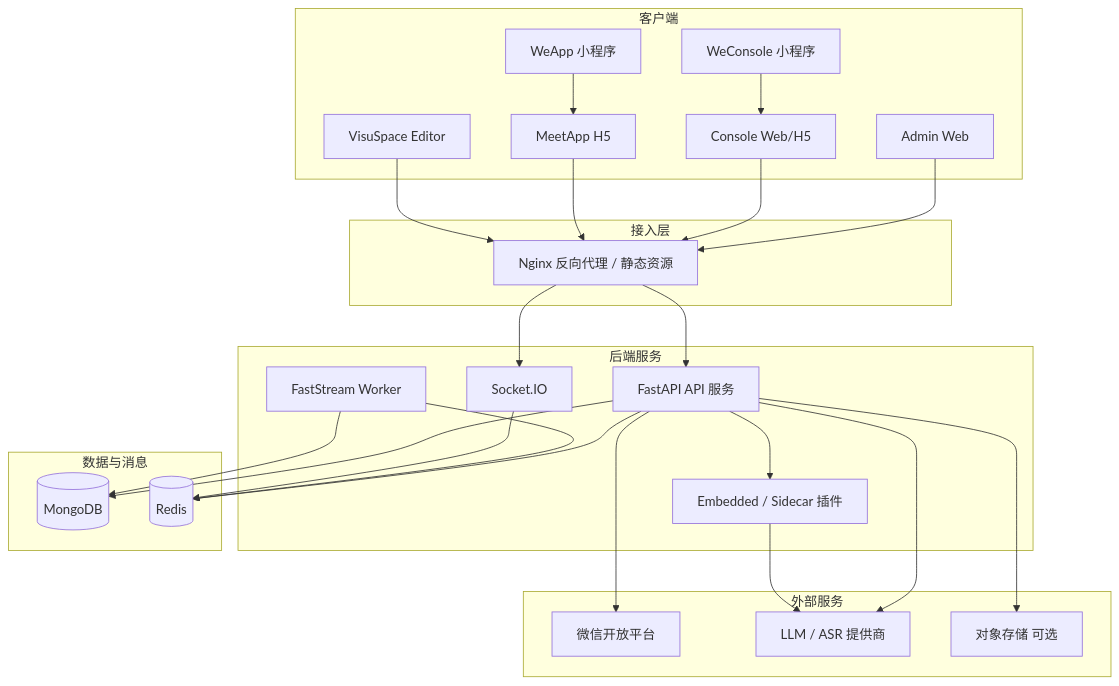
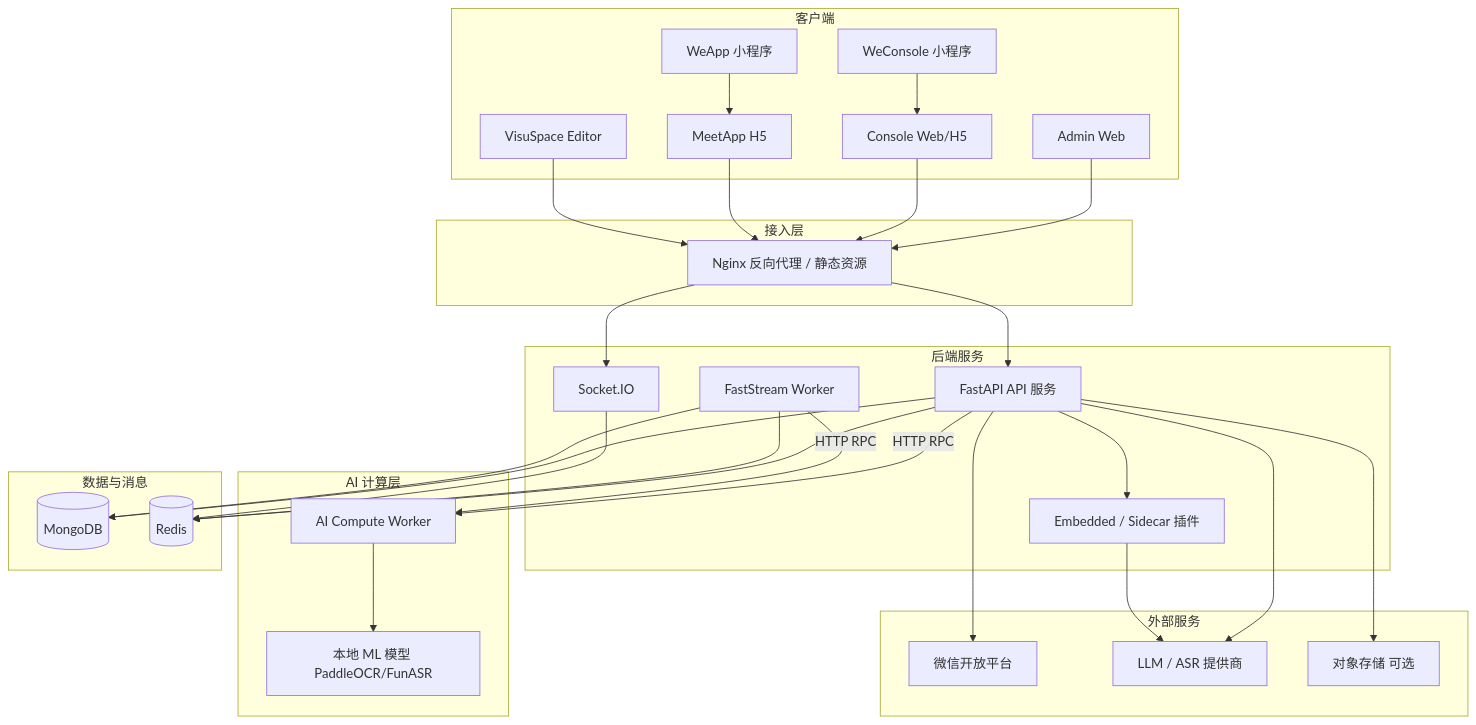
The diagram in src/developer/architecture.md (xinghui-tech/meeteasy-wiki), drawn with Mermaid before and after one commit. The commit also changed other lines of this file and 73 other files, not shown here.

````diff
--- a/src/developer/architecture.md
+++ b/src/developer/architecture.md
@@ -7,53 +7,63 @@
 ```mermaid
 flowchart TB
     subgraph clients [客户端]
         Admin[Admin Web]
         Console[Console Web/H5]
         MeetApp[MeetApp H5]
         VS[VisuSpace Editor]
         WeApp[WeApp 小程序]
         WeConsole[WeConsole 小程序]
     end
 
     subgraph gateway [接入层]
         Nginx[Nginx 反向代理 / 静态资源]
     end
 
     subgraph backend [后端服务]
         API[FastAPI API 服务]
         Worker[FastStream Worker]
         SIO[Socket.IO]
         Plugins[Embedded / Sidecar 插件]
+    end
+
+    subgraph ai_compute [AI 计算层]
+        AIWorker[AI Compute Worker]
+        MLModels[本地 ML 模型 PaddleOCR/FunASR]
     end
 
     subgraph data [数据与消息]
         MongoDB[(MongoDB)]
         Redis[(Redis)]
     end
 
     subgraph external [外部服务]
         WX[微信开放平台]
         LLM[LLM / ASR 提供商]
         OSS[对象存储 可选]
     end
 
     Admin --> Nginx
     Console --> Nginx
     MeetApp --> Nginx
     VS --> Nginx
     WeApp --> MeetApp
     WeConsole --> Console
 
     Nginx --> API
     Nginx --> SIO
     API --> MongoDB
     API --> Redis
     API --> Plugins
     Worker --> Redis
     Worker --> MongoDB
     SIO --> Redis
     API --> WX
     API --> LLM
     API --> OSS
     Plugins --> LLM
+
+    %% AI Compute Worker integrations
+    API -->|HTTP RPC| AIWorker
+    Worker -->|HTTP RPC| AIWorker
+    AIWorker --> MLModels
 ```
````
